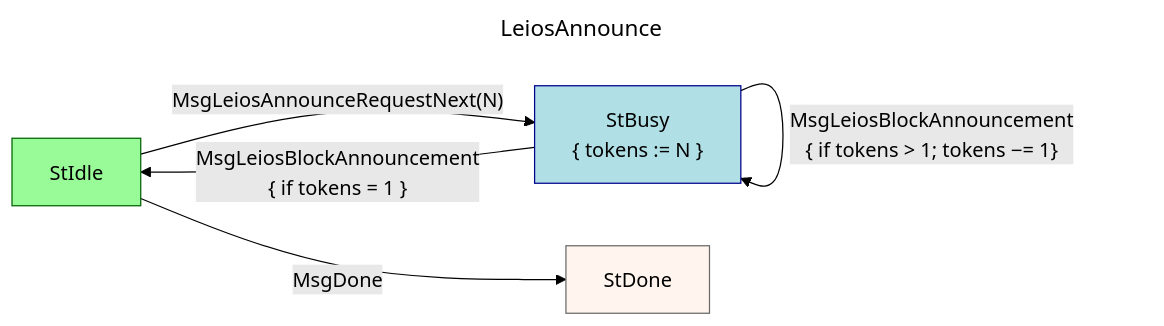
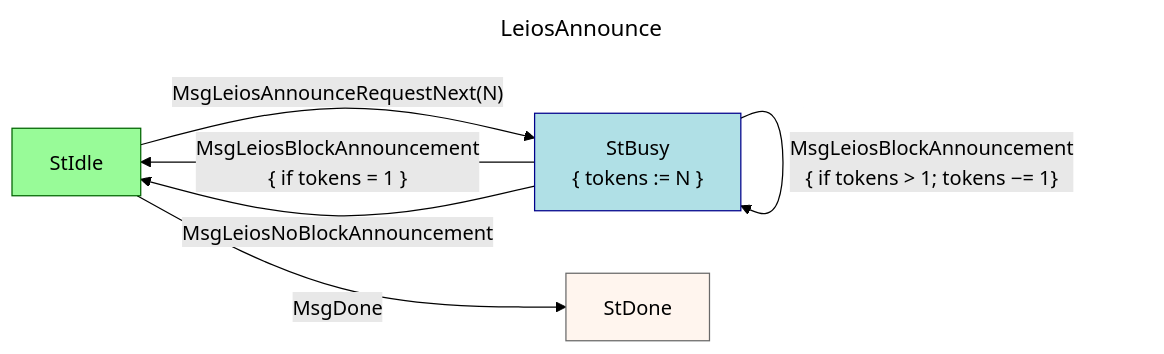
One commit to cardano-foundation/CIPs changed the first of 4 diagrams in CIP-0164/README.md. Above: the diagram before and after it, drawn with Mermaid (forest theme). The commit also changed other lines of this file, not shown here.

Commit message:
leios mini-protocols: clean exit

````diff
--- a/CIP-0164/README.md
+++ b/CIP-0164/README.md
@@ -1255,17 +1261,18 @@
 ```mermaid
 ---
 title: LeiosAnnounce
 ---
 graph LR
    style StIdle fill:PaleGreen,stroke:DarkGreen;
    style StBusy fill:PowderBlue,stroke:DarkBlue;
    style StDone fill:SeaShell,stroke:DimGray;
 
    StBusy["StBusy<br>{ tokens := N }"]
 
    StIdle -->|"MsgLeiosAnnounceRequestNext(N)"| StBusy
    StBusy -->|"MsgLeiosBlockAnnouncement<br>{ if tokens > 1; tokens −= 1}"| StBusy
    StBusy -->|"MsgLeiosBlockAnnouncement<br>{ if tokens = 1 }"| StIdle
+   StBusy -->|"MsgLeiosNoBlockAnnouncement"| StIdle
 
    StIdle -->|MsgDone| StDone
 ```
````
